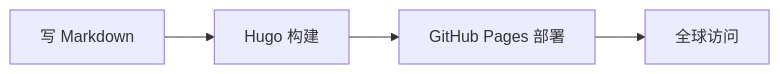
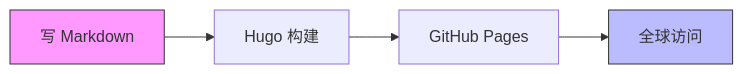
Before and after one commit to Sukkk-zcy/Sukkk-zcy.github.io: the diagram in content/posts/hello-world.md, drawn with Mermaid. The commit also changed other lines of this file and 8 other files, not shown here.

````diff
--- a/content/posts/hello-world.md
+++ b/content/posts/hello-world.md
@@ -41,6 +88,8 @@
 ```mermaid
 graph LR
     A[写 Markdown] --> B[Hugo 构建]
-    B --> C[GitHub Pages 部署]
+    B --> C[GitHub Pages]
     C --> D[全球访问]
+    style A fill:#f9f,stroke:#333
+    style D fill:#bbf,stroke:#333
 ```
````
